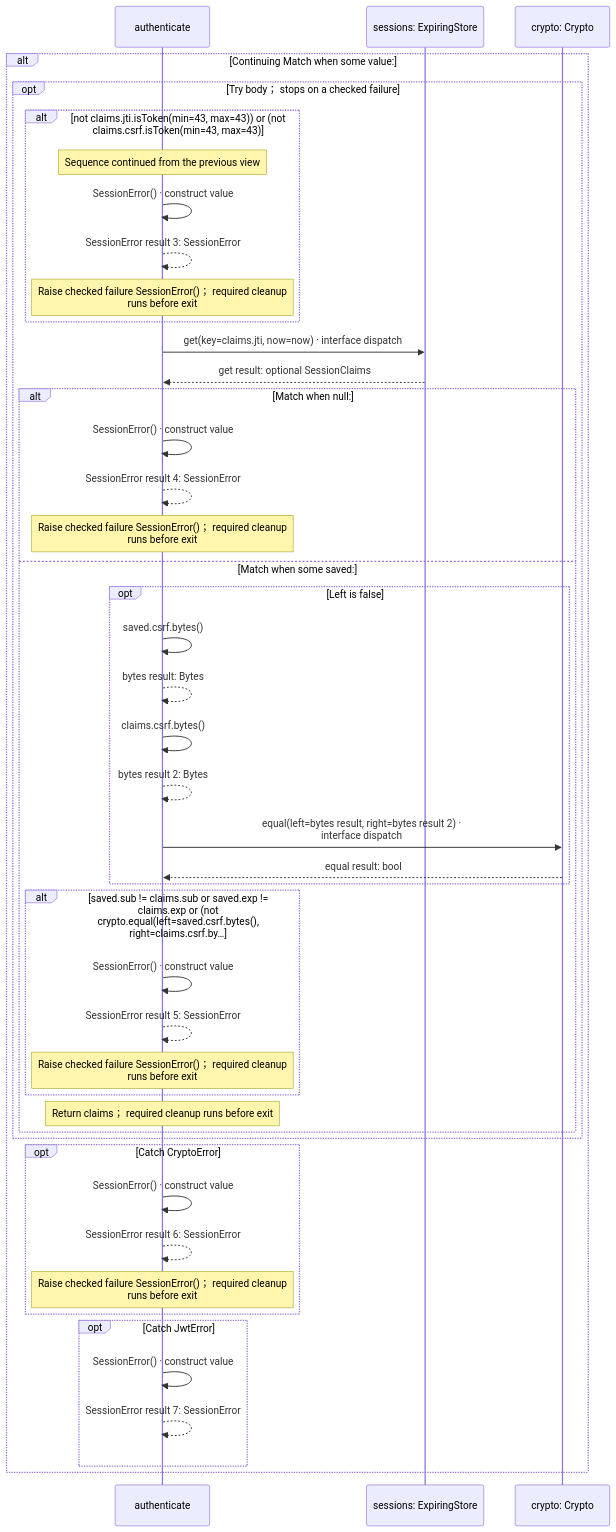
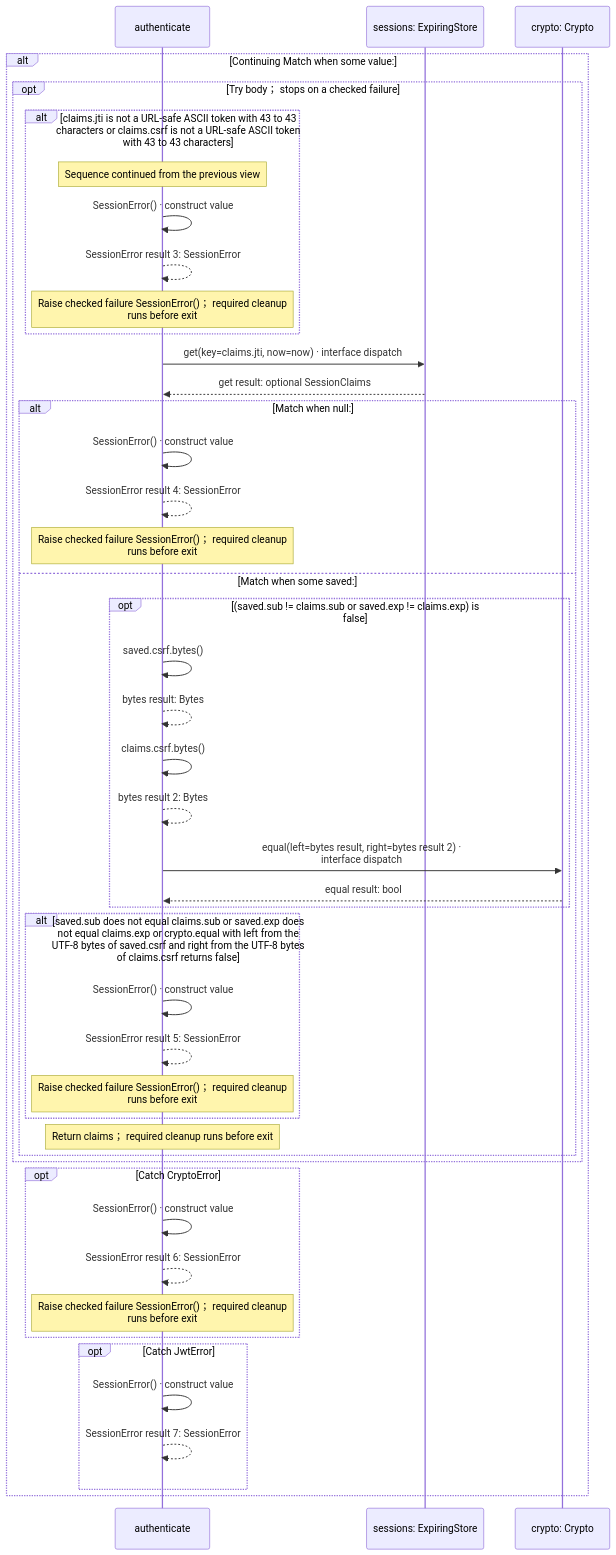
The third of 4 diagrams in docs/examples/oidc-login/client/session-diagrams.md (GreenPandaStudios/augscript), drawn with Mermaid before and after one commit. The commit also changed other lines of this file and 658 other files, not shown here.

````diff
--- a/docs/examples/oidc-login/client/session-diagrams.md
+++ b/docs/examples/oidc-login/client/session-diagrams.md
@@ -98,47 +104,47 @@
 ```mermaid
 sequenceDiagram
     participant p0 as authenticate
     participant p1 as sessions: ExpiringStore
     participant p2 as crypto: Crypto
     alt Continuing Match when some value:
     opt Try body； stops on a checked failure
-    alt not claims.jti.isToken(min=43, max=43)) or (not claims.csrf.isToken(min=43, max=43)
+    alt claims.jti is not a URL-safe ASCII token with 43 to 43<br/>characters or claims.csrf is not a URL-safe ASCII token<br/>with 43 to 43 characters
     Note over p0: Sequence continued from the previous view
     p0->>p0: SessionError() · construct value
     p0-->>p0: SessionError result 3: SessionError
     Note over p0: Raise checked failure SessionError()； required cleanup<br/>runs before exit
     end
     p0->>p1: get(key=claims.jti, now=now) · interface dispatch
     p1-->>p0: get result: optional SessionClaims
     alt Match when null:
     p0->>p0: SessionError() · construct value
     p0-->>p0: SessionError result 4: SessionError
     Note over p0: Raise checked failure SessionError()； required cleanup<br/>runs before exit
     else Match when some saved:
-    opt Left is false
+    opt (saved.sub != claims.sub or saved.exp != claims.exp) is<br/>false
     p0->>p0: saved.csrf.bytes()
     p0-->>p0: bytes result: Bytes
     p0->>p0: claims.csrf.bytes()
     p0-->>p0: bytes result 2: Bytes
     p0->>p2: equal(left=bytes result, right=bytes result 2) ·<br/>interface dispatch
     p2-->>p0: equal result: bool
     end
-    alt saved.sub != claims.sub or saved.exp != claims.exp or (not crypto.equal(left=saved.csrf.bytes(), right=claims.csrf.by…
+    alt saved.sub does not equal claims.sub or saved.exp does<br/>not equal claims.exp or crypto.equal with left from the<br/>UTF-8 bytes of saved.csrf and right from the UTF-8 bytes<br/>of claims.csrf returns false
     p0->>p0: SessionError() · construct value
     p0-->>p0: SessionError result 5: SessionError
     Note over p0: Raise checked failure SessionError()； required cleanup<br/>runs before exit
     end
     Note over p0: Return claims； required cleanup runs before exit
     end
     end
     opt Catch CryptoError
     p0->>p0: SessionError() · construct value
     p0-->>p0: SessionError result 6: SessionError
     Note over p0: Raise checked failure SessionError()； required cleanup<br/>runs before exit
     end
     opt Catch JwtError
     p0->>p0: SessionError() · construct value
     p0-->>p0: SessionError result 7: SessionError
     end
     end
 ```
````
